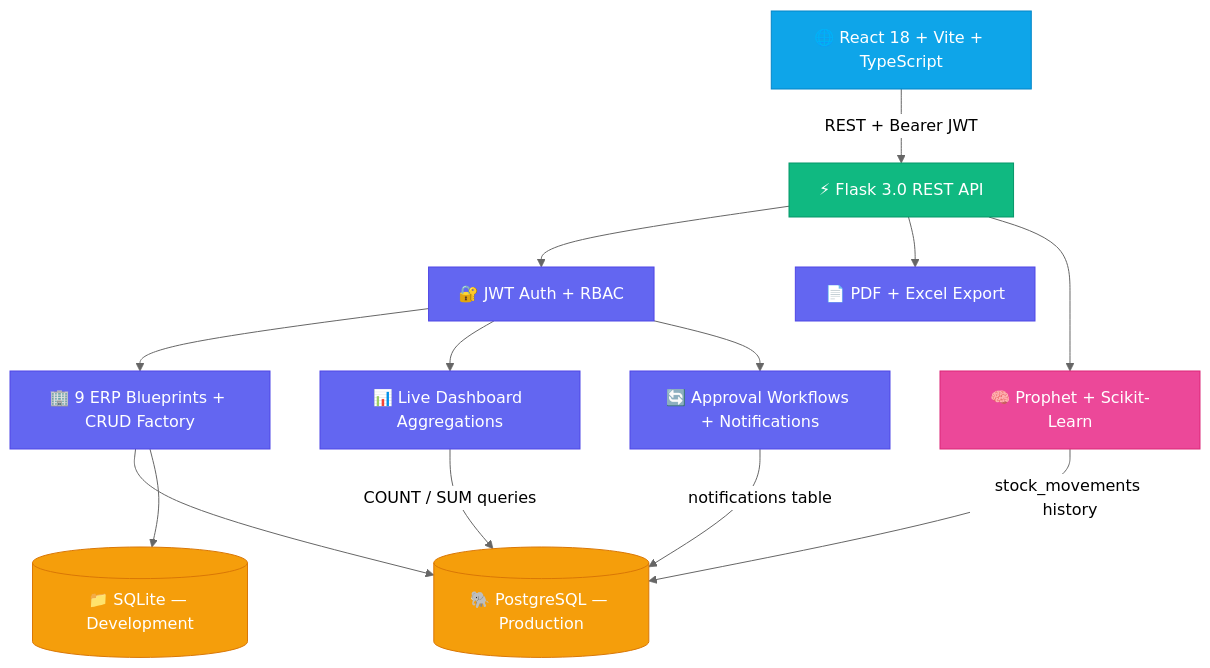
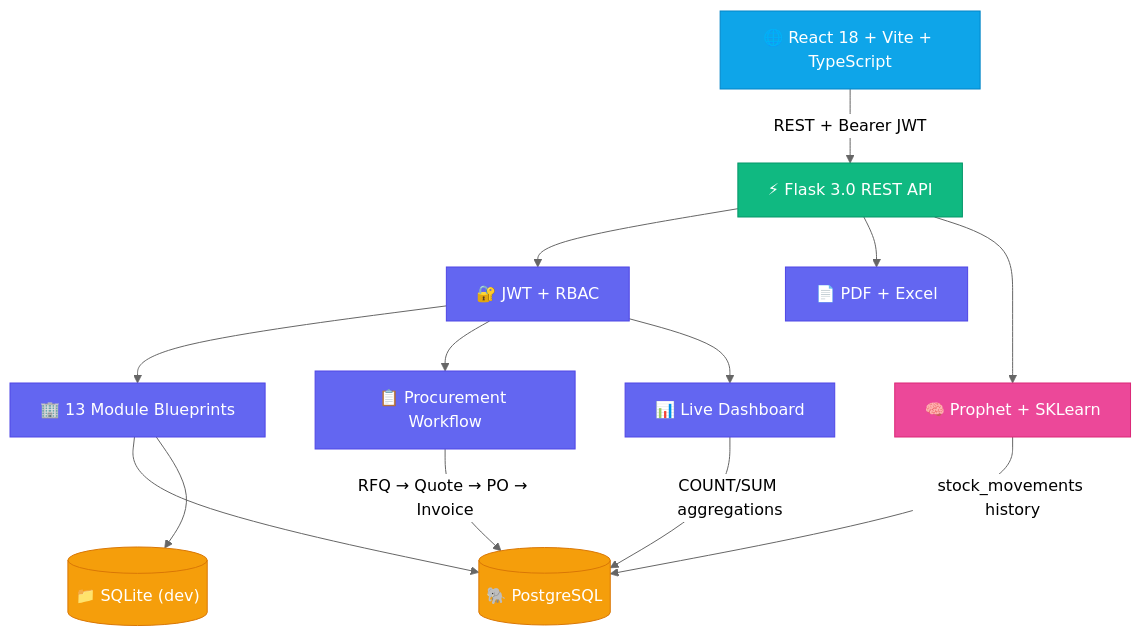
One commit to adrajameet7805/AI-Powered-ERP-System changed the diagram in README.md. Above: the diagram before and after it, drawn with Mermaid (neutral theme). The commit also changed other lines of this file and 18 other files, not shown here.

````diff
--- a/README.md
+++ b/README.md
@@ -165,34 +130,34 @@
 ```mermaid
 graph TD
     classDef client fill:#0ea5e9,stroke:#0284c7,color:#fff
     classDef api fill:#10b981,stroke:#059669,color:#fff
     classDef svc fill:#6366f1,stroke:#4f46e5,color:#fff
     classDef db fill:#f59e0b,stroke:#d97706,color:#fff
     classDef ai fill:#ec4899,stroke:#db2777,color:#fff
 
     Browser["🌐 React 18 + Vite + TypeScript"]:::client
     Flask["⚡ Flask 3.0 REST API"]:::api
 
-    Auth["🔐 JWT Auth + RBAC"]:::svc
-    CRUD["🏢 9 ERP Blueprints + CRUD Factory"]:::svc
-    Dash["📊 Live Dashboard Aggregations"]:::svc
-    Flow["🔄 Approval Workflows + Notifications"]:::svc
-    Exp["📄 PDF + Excel Export"]:::svc
-    AI["🧠 Prophet + Scikit-Learn"]:::ai
+    Auth["🔐 JWT + RBAC"]:::svc
+    CRUD["🏢 13 Module Blueprints"]:::svc
+    Procure["📋 Procurement Workflow"]:::svc
+    Dash["📊 Live Dashboard"]:::svc
+    Export["📄 PDF + Excel"]:::svc
+    AI["🧠 Prophet + SKLearn"]:::ai
 
-    PG[("🐘 PostgreSQL — Production")]:::db
-    SQ[("📁 SQLite — Development")]:::db
+    PG[("🐘 PostgreSQL")]:::db
+    SQ[("📁 SQLite (dev)")]:::db
 
     Browser -->|"REST + Bearer JWT"| Flask
     Flask --> Auth
     Auth --> CRUD
+    Auth --> Procure
     Auth --> Dash
-    Auth --> Flow
-    Flask --> Exp
+    Flask --> Export
     Flask --> AI
     CRUD --> PG
     CRUD --> SQ
-    Dash -->|"COUNT / SUM queries"| PG
+    Procure -->|"RFQ → Quote → PO → Invoice"| PG
+    Dash -->|"COUNT/SUM aggregations"| PG
     AI -->|"stock_movements history"| PG
-    Flow -->|"notifications table"| PG
 ```
````
